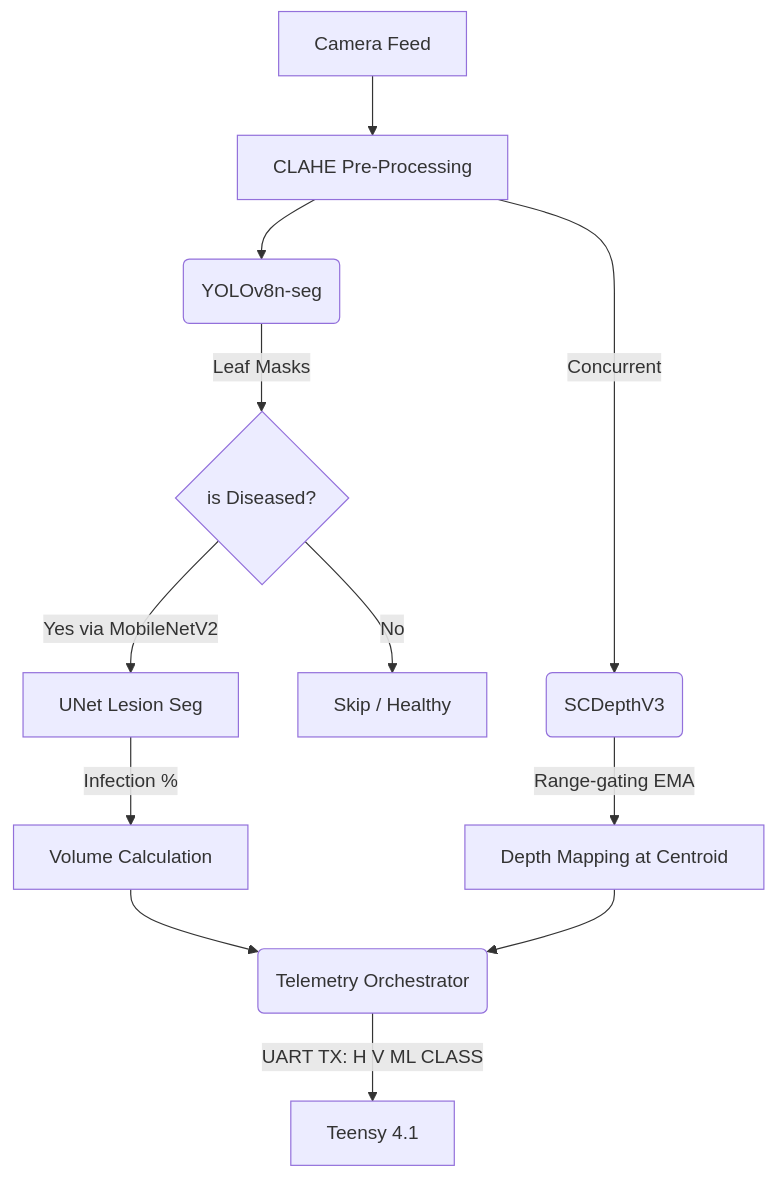
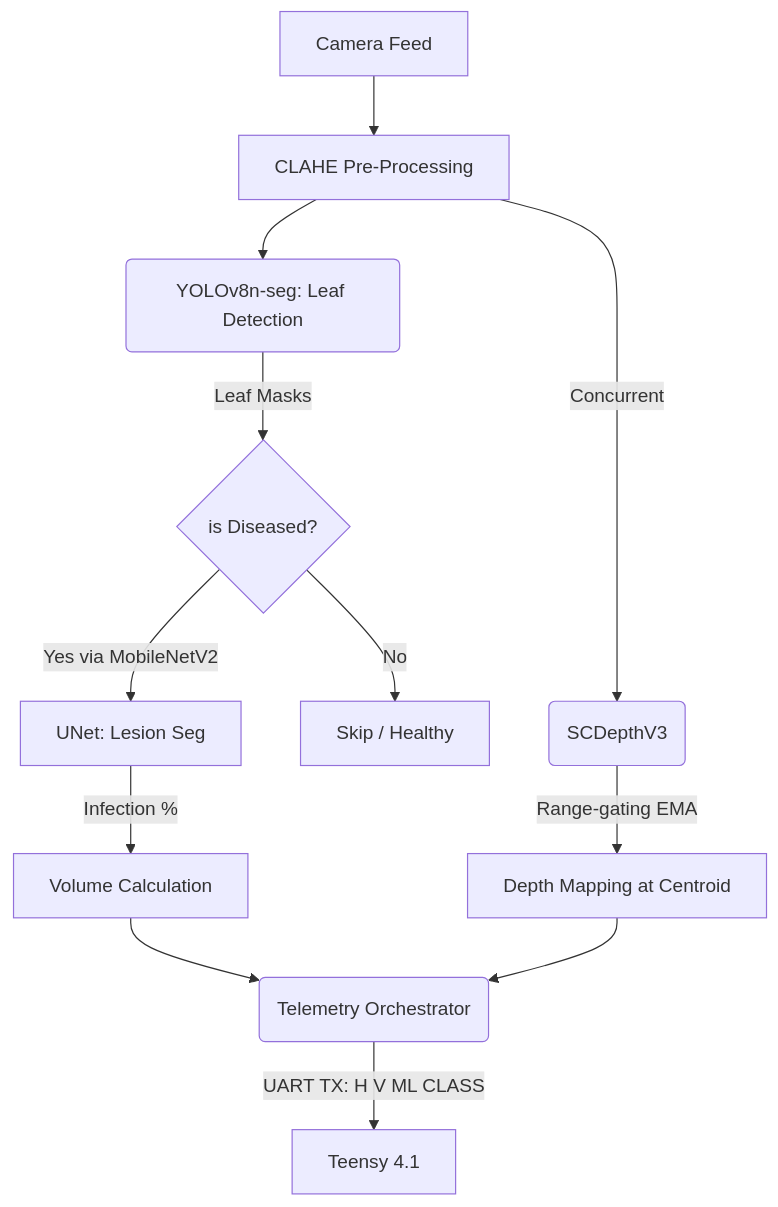
The first of 2 diagrams in README.md (soham25-git/India-Innovates-OpenInnovation_Domain), drawn with Mermaid before and after one commit. The commit also changed other lines of this file and 72 other files, not shown here.

````diff
--- a/README.md
+++ b/README.md
@@ -28,19 +33,19 @@
 ```mermaid
 graph TD
     A[Camera Feed] --> B[CLAHE Pre-Processing]
-    B --> C(YOLOv8n-seg)
+    B --> C(YOLOv8n-seg: Leaf Detection)
     
     C -->|Leaf Masks| D{is Diseased?}
     
-    D -->|Yes via MobileNetV2| E[UNet Lesion Seg]
+    D -->|Yes via MobileNetV2| E[UNet: Lesion Seg]
     D -->|No| F[Skip / Healthy]
     
     E -->|Infection %| G[Volume Calculation]
     B -->|Concurrent| H(SCDepthV3)
     H -->|Range-gating EMA| I[Depth Mapping at Centroid]
     
     G --> J(Telemetry Orchestrator)
     I --> J
     
     J -->|UART TX: H V ML CLASS| K[Teensy 4.1]
 ```
````
